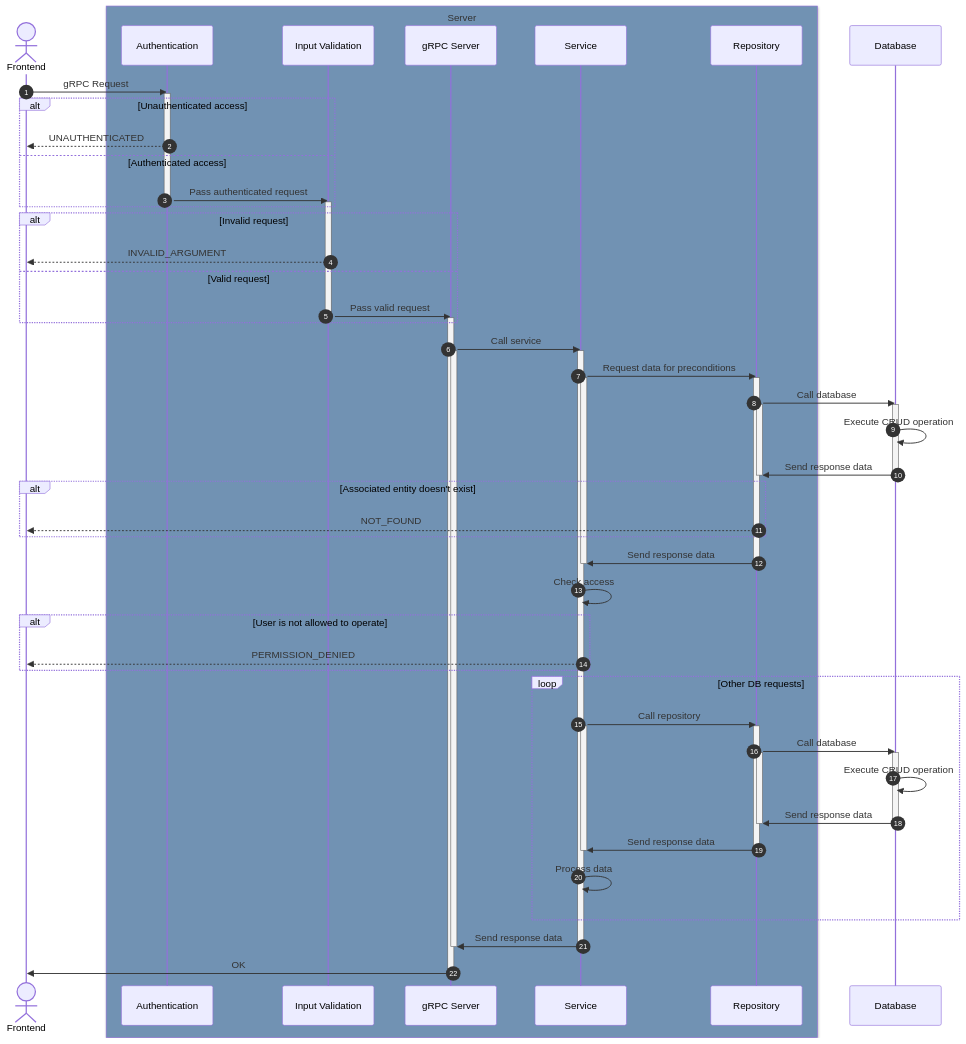
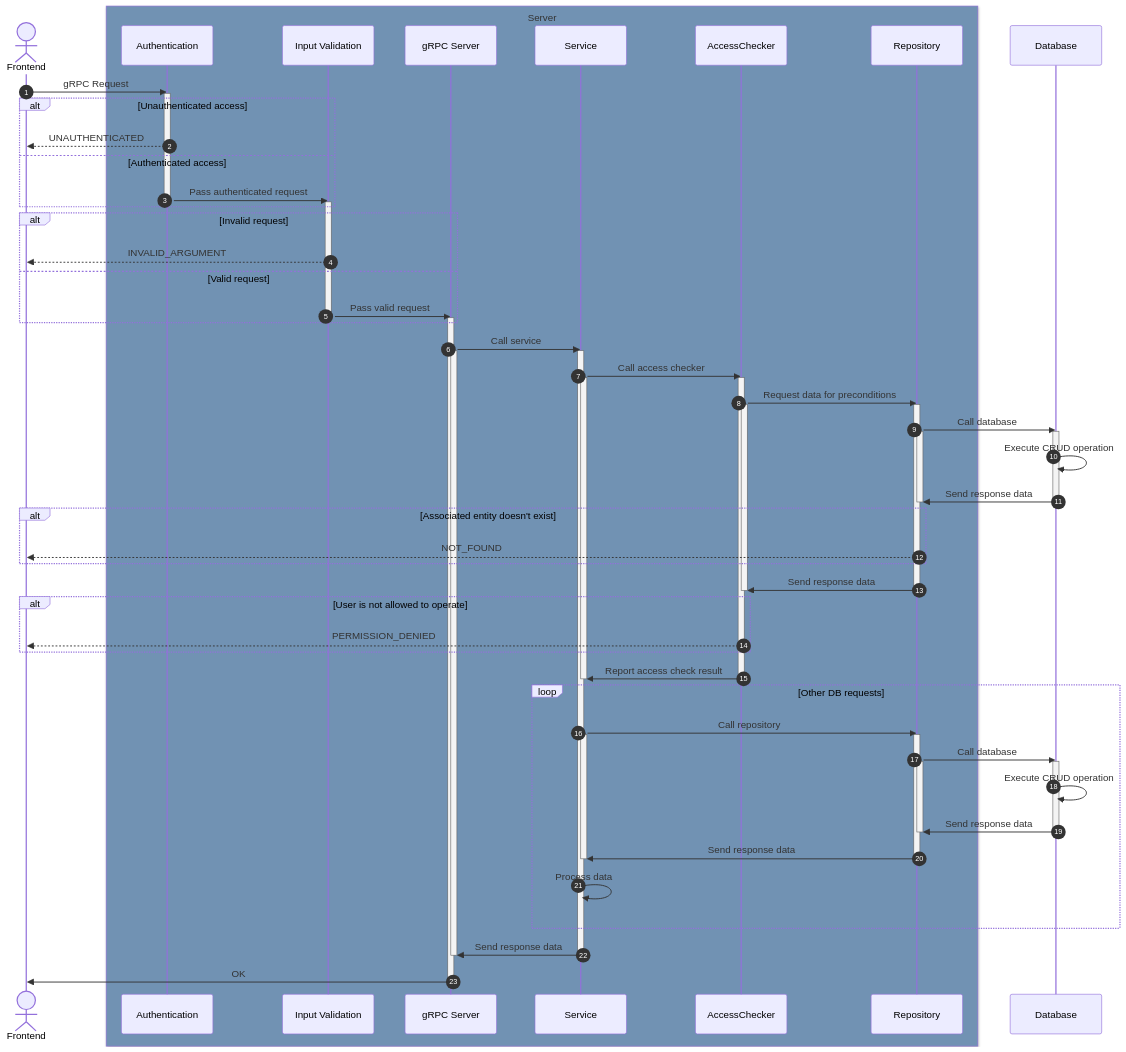
The diagram in wiki/Architecture.md (SE-UUlm/snowballr-backend), drawn with Mermaid before and after one commit. The commit also changed other lines of this file and 4 other files, not shown here.

```diff
--- a/wiki/Architecture.md
+++ b/wiki/Architecture.md
@@ -15,6 +15,7 @@
         participant Input Validation
         participant gRPC Server
         participant Service
+        participant AccessChecker
         participant Repository
     end
     participant Database
@@ -40,8 +41,11 @@
     gRPC Server ->> Service: Call service
     activate gRPC Server
     activate Service
-    Service ->> Repository: Request data for preconditions
+    Service ->> AccessChecker: Call access checker
     activate Service
+    activate AccessChecker
+    AccessChecker ->> Repository: Request data for preconditions
+    activate AccessChecker
     activate Repository
     Repository ->> Database: Call database
     activate Database
@@ -55,15 +59,18 @@
         Repository -->> Frontend: NOT_FOUND
     end
 
-    Repository ->> Service: Send response data
-    deactivate Service
+    Repository ->> AccessChecker: Send response data
+    deactivate AccessChecker
     deactivate Repository
-    Service ->> Service: Check access
 
     alt User is not allowed to operate
-        Service -->> Frontend: PERMISSION_DENIED
+        AccessChecker -->> Frontend: PERMISSION_DENIED
         activate Input Validation
     end
+
+    AccessChecker ->> Service: Report access check result
+    deactivate AccessChecker
+    deactivate Service
 
     loop Other DB requests
         Service ->> Repository: Call repository
```
